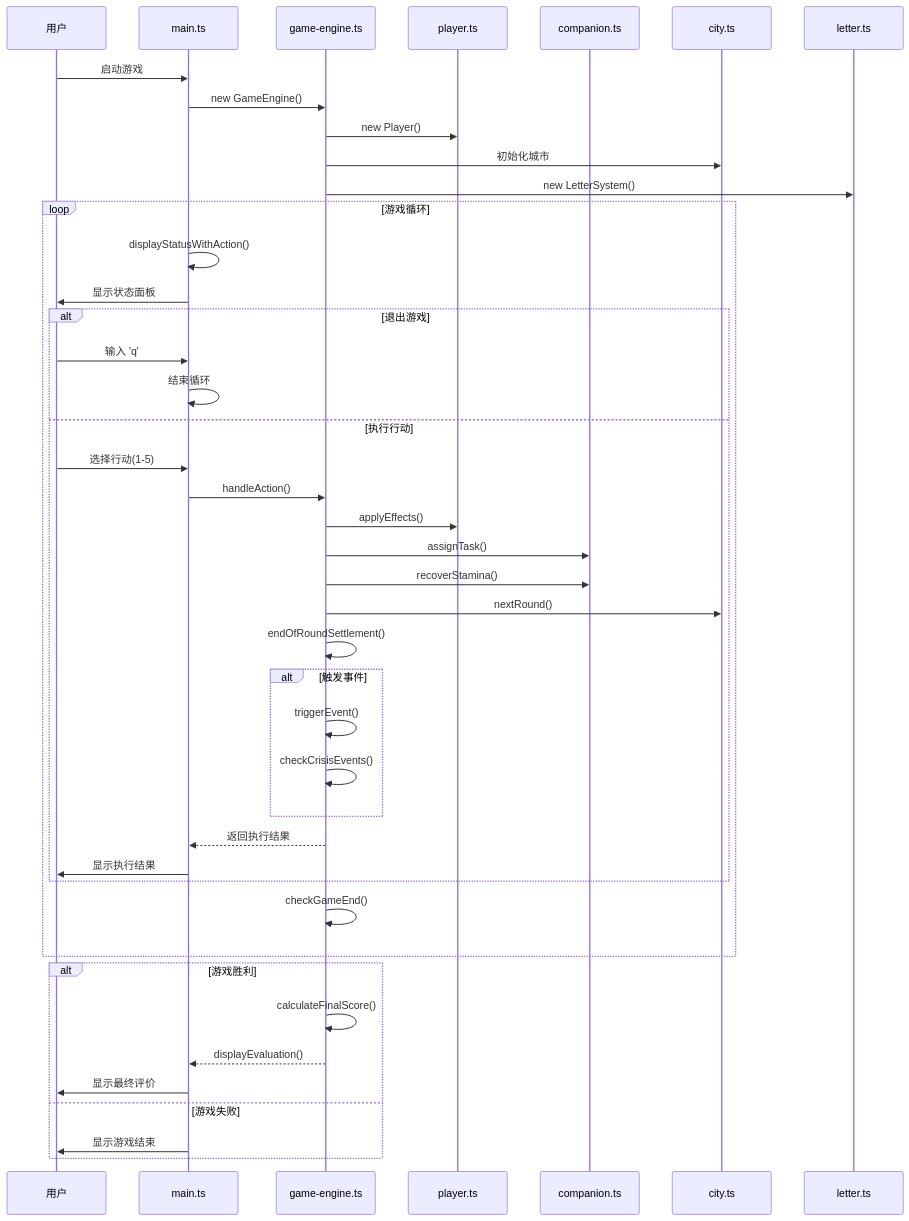
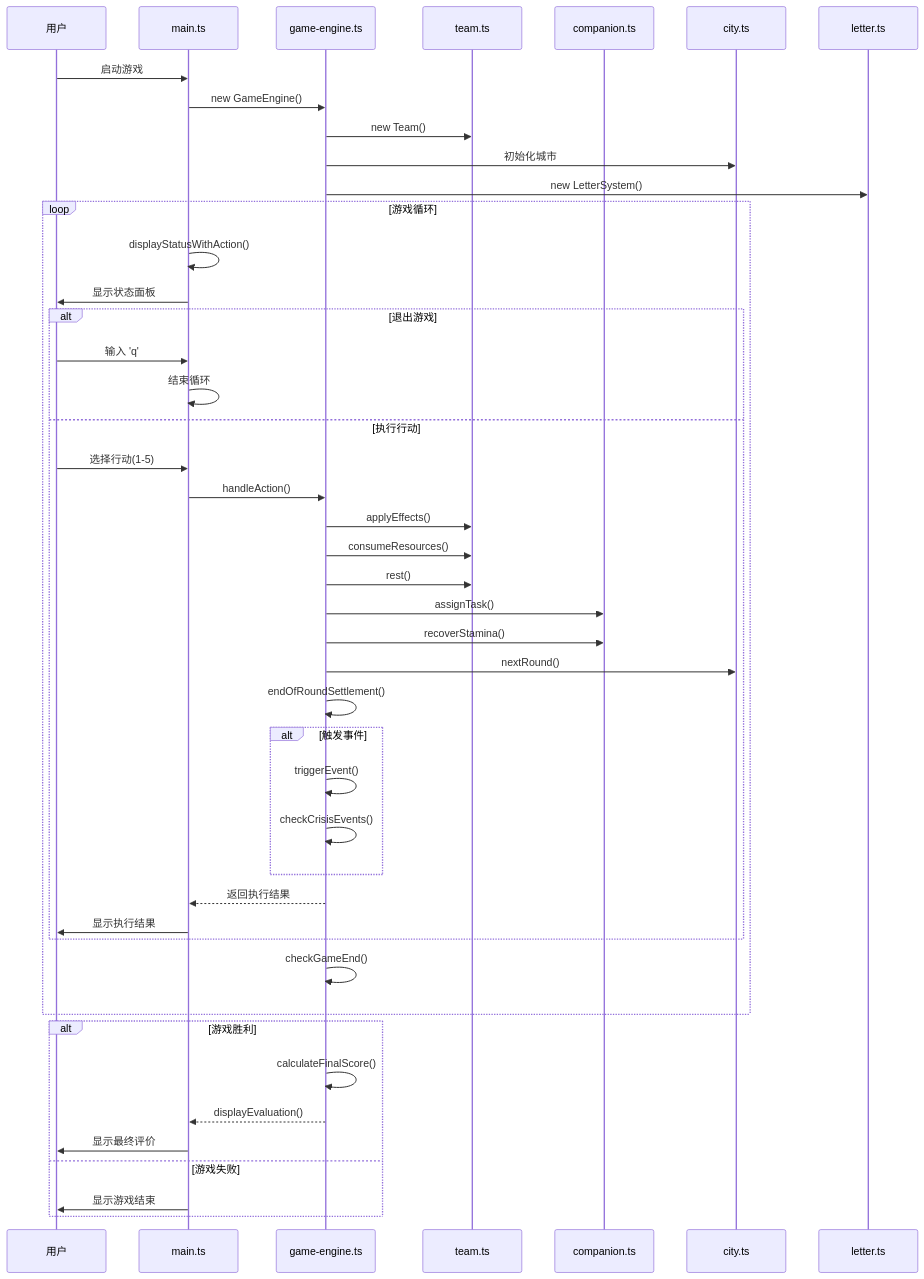
The diagram in mermaid/2-global-flow.md (JohnZhu1995/paul-missionary-journey), drawn with Mermaid before and after one commit. The commit also changed other lines of this file, not shown here.

Commit message:
更新全局流程图：使用Team替代Player

````diff
--- a/mermaid/2-global-flow.md
+++ b/mermaid/2-global-flow.md
@@ -3,53 +3,55 @@
 ```mermaid
 sequenceDiagram
     participant User as 用户
     participant Main as main.ts
     participant Engine as game-engine.ts
-    participant Player as player.ts
+    participant Team as team.ts
     participant Companion as companion.ts
     participant City as city.ts
     participant Letter as letter.ts
 
     User->>Main: 启动游戏
     Main->>Engine: new GameEngine()
-    Engine->>Player: new Player()
+    Engine->>Team: new Team()
     Engine->>City: 初始化城市
     Engine->>Letter: new LetterSystem()
     
     loop 游戏循环
         Main->>Main: displayStatusWithAction()
         Main->>User: 显示状态面板
         
         alt 退出游戏
             User->>Main: 输入 'q'
             Main->>Main: 结束循环
         else 执行行动
             User->>Main: 选择行动(1-5)
             Main->>Engine: handleAction()
             
-            Engine->>Player: applyEffects()
+            Engine->>Team: applyEffects()
+            Engine->>Team: consumeResources()
+            Engine->>Team: rest()
             Engine->>Companion: assignTask()
             Engine->>Companion: recoverStamina()
             Engine->>City: nextRound()
             Engine->>Engine: endOfRoundSettlement()
             
             alt 触发事件
                 Engine->>Engine: triggerEvent()
                 Engine->>Engine: checkCrisisEvents()
             end
             
             Engine-->>Main: 返回执行结果
             Main->>User: 显示执行结果
         end
         
         Engine->>Engine: checkGameEnd()
     end
     
     alt 游戏胜利
         Engine->>Engine: calculateFinalScore()
         Engine-->>Main: displayEvaluation()
         Main->>User: 显示最终评价
     else 游戏失败
         Main->>User: 显示游戏结束
     end
 ```
````
